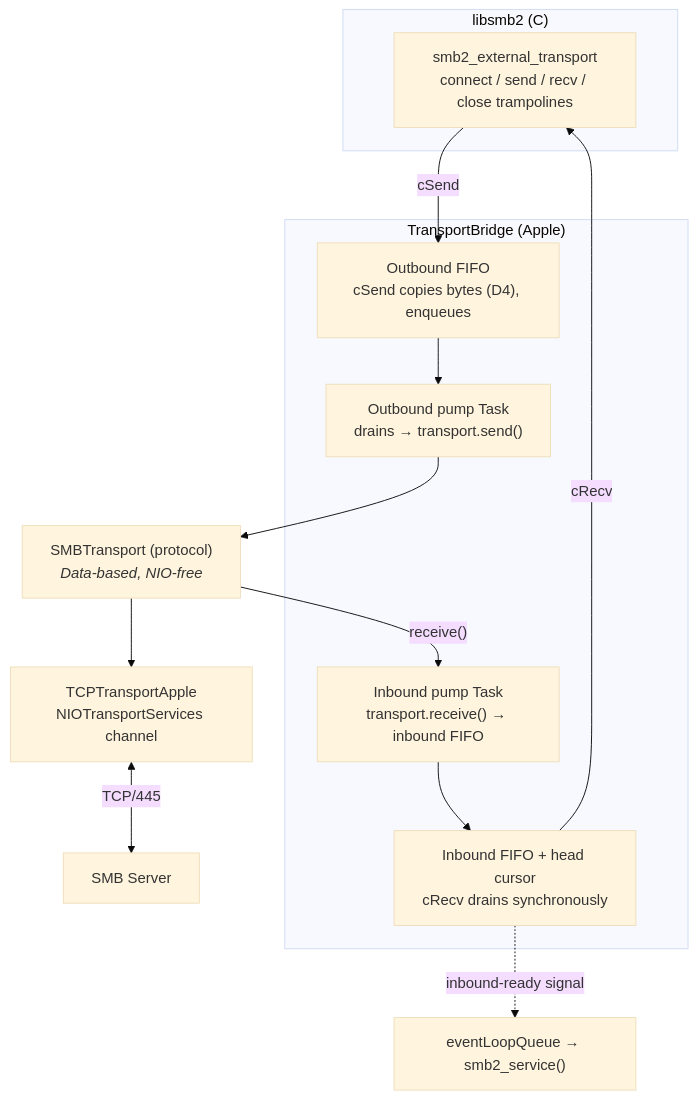
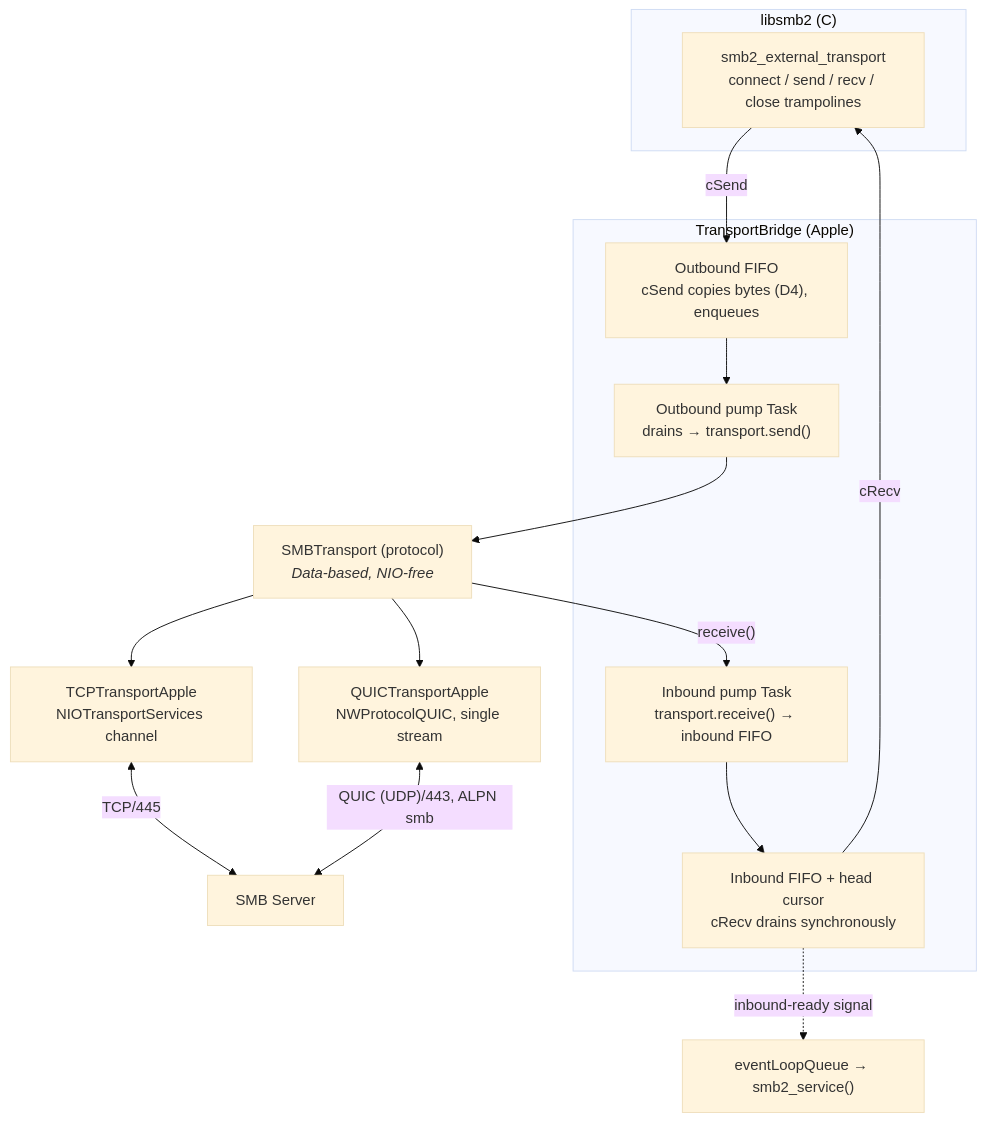
The fifth of 7 diagrams in docs/ARCHITECTURE.md (simplekube-ro/AMSMB2), drawn with Mermaid (base theme) before and after one commit. The commit also changed other lines of this file and 28 other files, not shown here.

````diff
--- a/docs/ARCHITECTURE.md
+++ b/docs/ARCHITECTURE.md
@@ -203,21 +207,24 @@
 ```mermaid
 flowchart TB
     subgraph libsmb2["libsmb2 (C)"]
         EXT["smb2_external_transport<br/>connect / send / recv / close trampolines"]
     end
     subgraph bridge["TransportBridge (Apple)"]
         OUT["Outbound FIFO<br/>cSend copies bytes (D4), enqueues"]
         OPUMP["Outbound pump Task<br/>drains → transport.send()"]
         IPUMP["Inbound pump Task<br/>transport.receive() → inbound FIFO"]
         IN["Inbound FIFO + head cursor<br/>cRecv drains synchronously"]
     end
     Proto["SMBTransport (protocol)<br/><i>Data-based, NIO-free</i>"]
     TCP["TCPTransportApple<br/>NIOTransportServices channel"]
+    QUIC["QUICTransportApple<br/>NWProtocolQUIC, single stream"]
     Server["SMB Server"]
 
     EXT -->|"cSend"| OUT --> OPUMP --> Proto
     Proto -->|"receive()"| IPUMP --> IN -->|"cRecv"| EXT
     Proto --> TCP
+    Proto --> QUIC
     TCP <-->|"TCP/445"| Server
+    QUIC <-->|"QUIC (UDP)/443, ALPN smb"| Server
     IN -.->|"inbound-ready signal"| SVC["eventLoopQueue → smb2_service()"]
 ```
````
